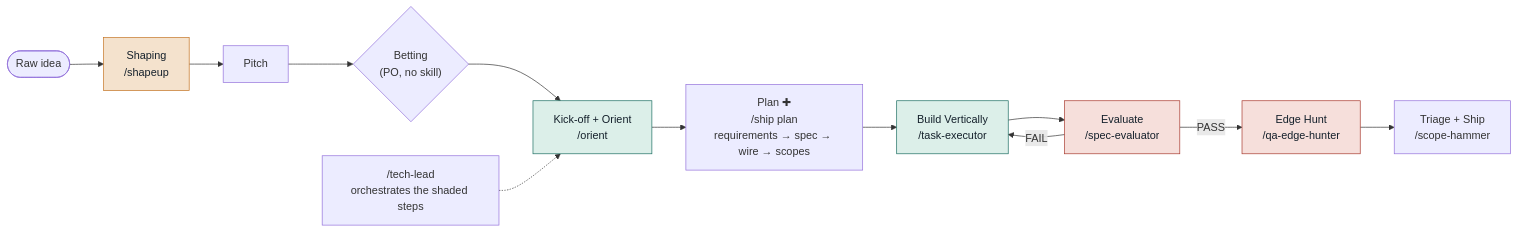
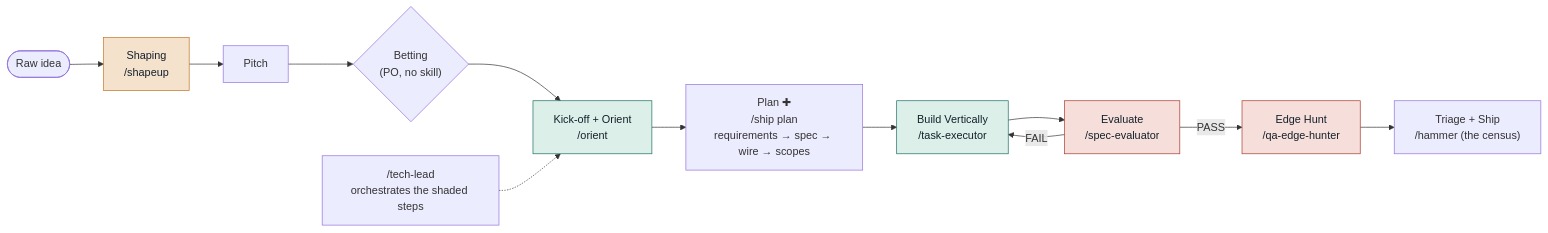
The diagram in docs/design/02-high-level-design.md (nguyenvanphituoc/shapeup-sdlc-plugin), drawn with Mermaid before and after one commit. The commit also changed other lines of this file and 62 other files, not shown here.

````diff
--- a/docs/design/02-high-level-design.md
+++ b/docs/design/02-high-level-design.md
@@ -11,21 +11,21 @@
 ```mermaid
 graph LR
     A(["Raw idea"]) --> S["Shaping\n/shapeup"]
     S --> P["Pitch"]
     P --> BET{"Betting\n(PO, no skill)"}
     BET --> KO["Kick-off + Orient\n/orient"]
     KO --> PLAN["Plan ✚\n/ship plan\nrequirements → spec → wire → scopes"]
     PLAN --> BUILD["Build Vertically\n/task-executor"]
     BUILD --> EVAL["Evaluate\n/spec-evaluator"]
     EVAL -- FAIL --> BUILD
     EVAL -- PASS --> QA["Edge Hunt\n/qa-edge-hunter"]
-    QA --> SHIP["Triage + Ship\n/scope-hammer"]
+    QA --> SHIP["Triage + Ship\n/hammer (the census)"]
     TL["/tech-lead\norchestrates the shaded steps"] -.-> KO
 
     classDef plan fill:#f4e2cd,stroke:#c4711f,color:#14202b;
     classDef build fill:#dcefe9,stroke:#1a6d60,color:#14202b;
     classDef qa fill:#f6dfdb,stroke:#a8382c,color:#14202b;
     class S,WIRE,MAP plan;
     class KO,BUILD build;
     class QA,EVAL qa;
 ```
````
